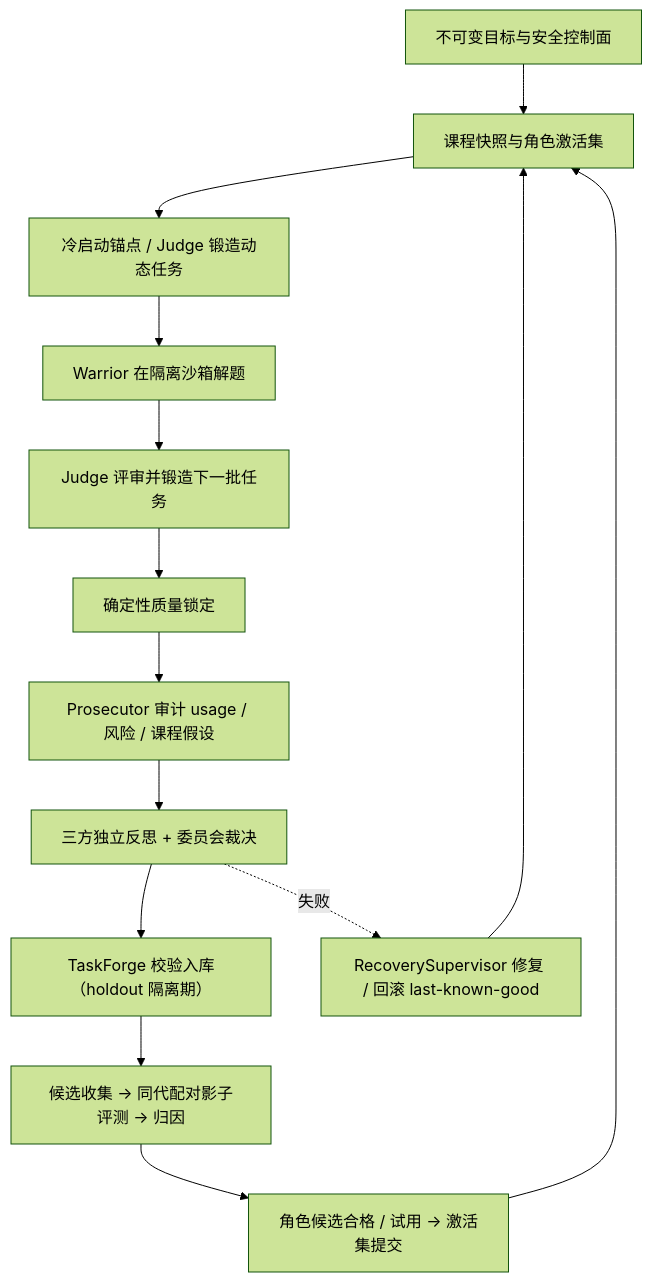
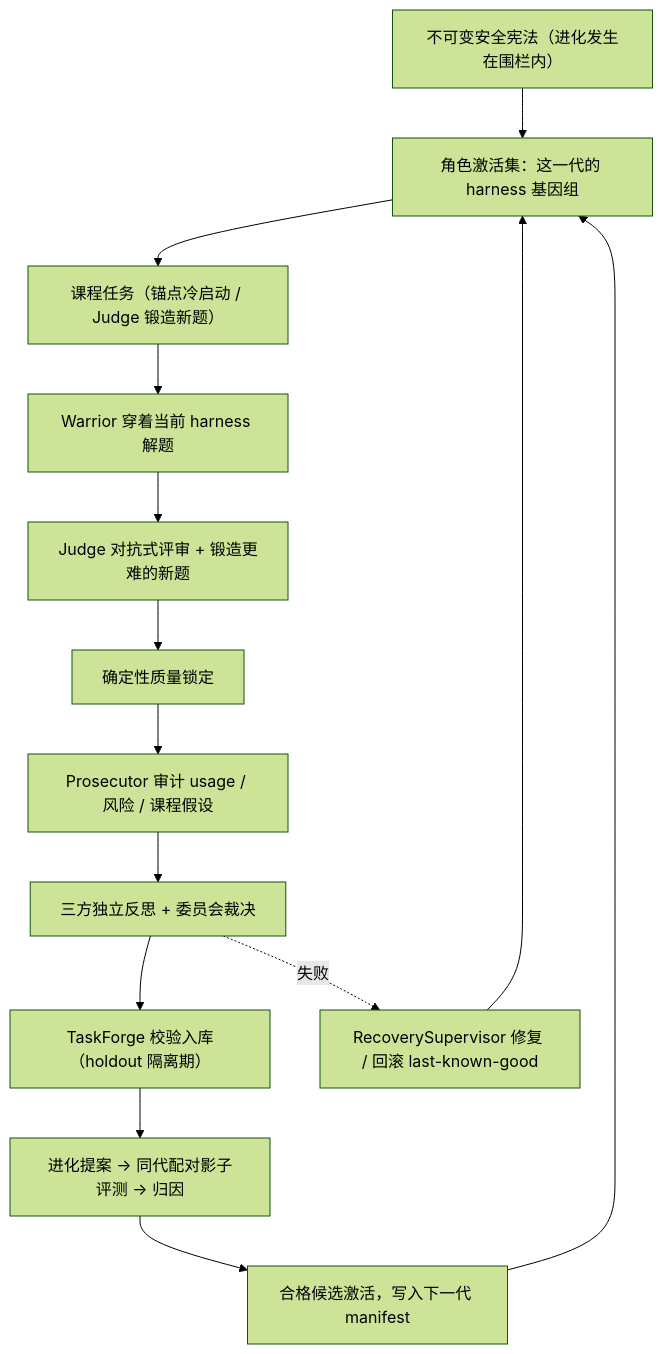
One commit to Hab1nA/AEGIS changed the diagram in README.md. Above: the diagram before and after it, drawn with Mermaid (forest theme). The commit also changed other lines of this file, not shown here.

First line of the commit message:
docs: README 叙事重心转向 harness 自进化理念

````diff
--- a/README.md
+++ b/README.md
@@ -50,16 +71,16 @@
 ```mermaid
 flowchart TD
-    O["不可变目标与安全控制面"] --> S["课程快照与角色激活集"]
-    S --> A["冷启动锚点 / Judge 锻造动态任务"]
-    A --> W["Warrior 在隔离沙箱解题"]
-    W --> J["Judge 评审并锻造下一批任务"]
+    O["不可变安全宪法（进化发生在围栏内）"] --> S["角色激活集：这一代的 harness 基因组"]
+    S --> A["课程任务（锚点冷启动 / Judge 锻造新题）"]
+    A --> W["Warrior 穿着当前 harness 解题"]
+    W --> J["Judge 对抗式评审 + 锻造更难的新题"]
     J --> L["确定性质量锁定"]
     L --> P["Prosecutor 审计 usage / 风险 / 课程假设"]
     P --> C["三方独立反思 + 委员会裁决"]
     C --> F["TaskForge 校验入库（holdout 隔离期）"]
-    F --> E["候选收集 → 同代配对影子评测 → 归因"]
-    E --> R["角色候选合格 / 试用 → 激活集提交"]
+    F --> E["进化提案 → 同代配对影子评测 → 归因"]
+    E --> R["合格候选激活，写入下一代 manifest"]
     R --> S
     C -. 失败 .-> X["RecoverySupervisor 修复 / 回滚 last-known-good"]
     X --> S
 ```
````
